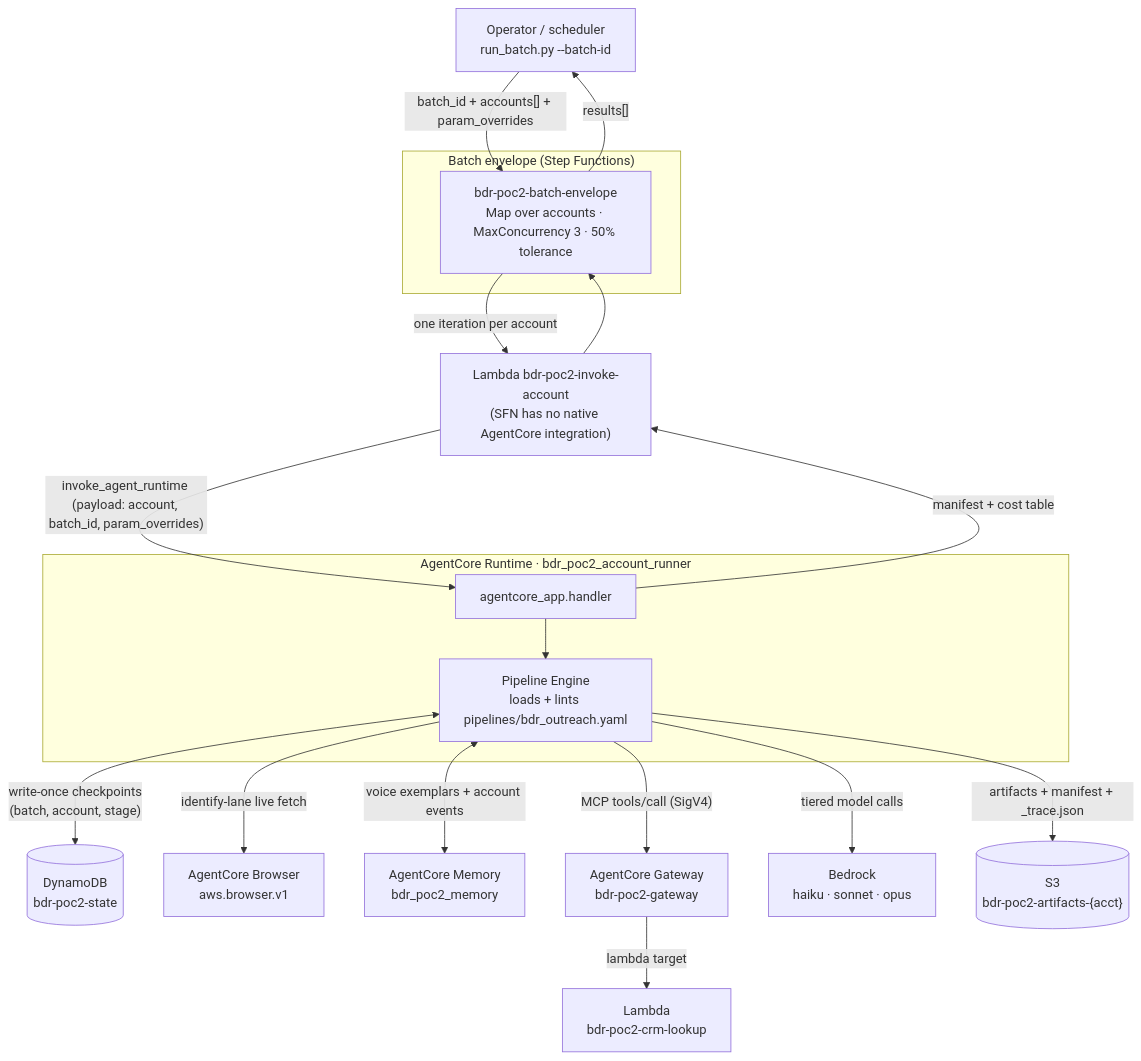
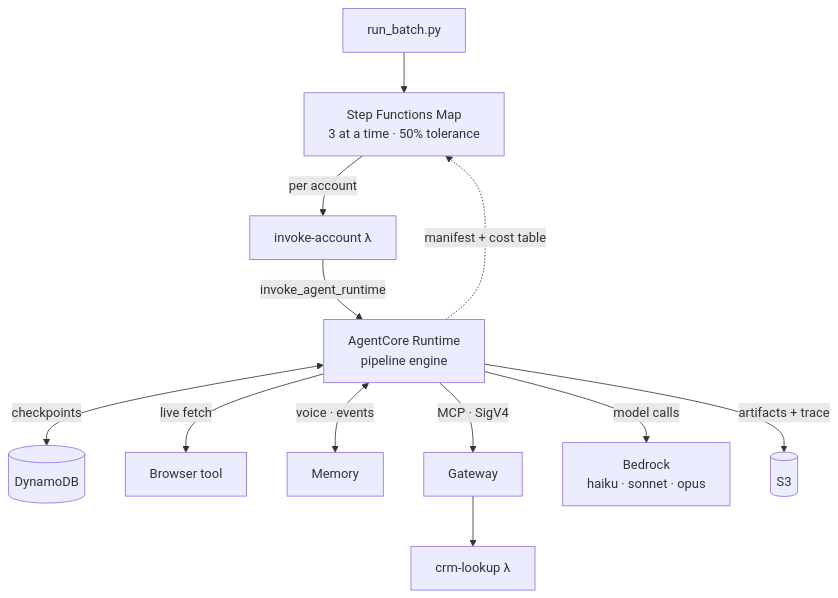
The first of 7 diagrams in docs/DIAGRAMS.md (eddie5086/ejs-sales-agents-poc2), drawn with Mermaid before and after one commit. The commit also changed other lines of this file and 2 other files, not shown here.

First line of the commit message:
Fix diagram legibility: render 1:1, terse labels, breakout figures

````diff
--- a/docs/DIAGRAMS.md
+++ b/docs/DIAGRAMS.md
@@ -11,25 +15,13 @@
 ```mermaid
 flowchart TB
-    OP["Operator / scheduler\nrun_batch.py --batch-id"] -->|"batch_id + accounts[] + param_overrides"| SFN
-
-    subgraph envelope ["Batch envelope (Step Functions)"]
-        SFN["bdr-poc2-batch-envelope\nMap over accounts · MaxConcurrency 3 · 50% tolerance"]
-    end
-
-    SFN -->|"one iteration per account"| LAM["Lambda bdr-poc2-invoke-account\n(SFN has no native AgentCore integration)"]
-    LAM -->|"invoke_agent_runtime (payload: account, batch_id, param_overrides)"| RT
-
-    subgraph runtime ["AgentCore Runtime · bdr_poc2_account_runner"]
-        RT["agentcore_app.handler"] --> ENG["Pipeline Engine\nloads + lints pipelines/bdr_outreach.yaml"]
-    end
-
-    ENG <-->|"write-once checkpoints\n(batch, account, stage)"| DDB[("DynamoDB\nbdr-poc2-state")]
-    ENG -->|"identify-lane live fetch"| BR["AgentCore Browser\naws.browser.v1"]
-    ENG <-->|"voice exemplars + account events"| MEM["AgentCore Memory\nbdr_poc2_memory"]
-    ENG -->|"MCP tools/call (SigV4)"| GW["AgentCore Gateway\nbdr-poc2-gateway"]
-    GW -->|"lambda target"| CRM["Lambda\nbdr-poc2-crm-lookup"]
-    ENG -->|"tiered model calls"| BED["Bedrock\nhaiku · sonnet · opus"]
-    ENG -->|"artifacts + manifest + _trace.json"| S3[("S3\nbdr-poc2-artifacts-{acct}")]
-
-    RT -->|"manifest + cost table"| LAM --> SFN -->|"results[]"| OP
+    OP["run_batch.py"] --> SFN["Step Functions Map\n3 at a time · 50% tolerance"]
+    SFN -->|"per account"| LAM["invoke-account λ"]
+    LAM -->|"invoke_agent_runtime"| ENG["AgentCore Runtime\npipeline engine"]
+    ENG <-->|"checkpoints"| DDB[("DynamoDB")]
+    ENG -->|"live fetch"| BR["Browser tool"]
+    ENG <-->|"voice · events"| MEM["Memory"]
+    ENG -->|"MCP · SigV4"| GW["Gateway"] --> CRM["crm-lookup λ"]
+    ENG -->|"model calls"| BED["Bedrock\nhaiku · sonnet · opus"]
+    ENG -->|"artifacts + trace"| S3[("S3")]
+    ENG -.->|"manifest + cost table"| SFN
 ```
````
